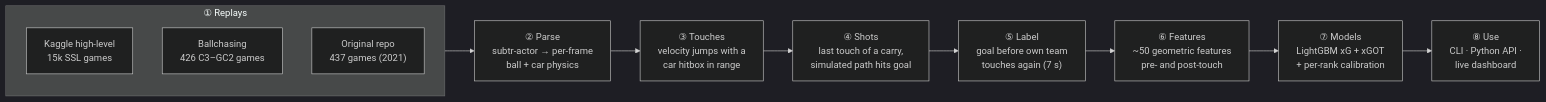
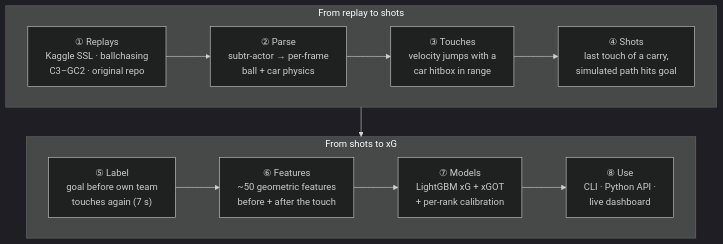
Before and after one commit to isaactallack/rl-xg: the diagram in README.md, drawn with Mermaid (dark theme).

Commit message:
README: split pipeline diagram into two rows

````diff
--- a/README.md
+++ b/README.md
@@ -63,16 +63,20 @@
 ```mermaid
-flowchart LR
-    subgraph SRC["① Replays"]
-        K["Kaggle high-level<br/>15k SSL games"]
-        B["Ballchasing<br/>426 C3–GC2 games"]
-        O["Original repo<br/>437 games (2021)"]
+flowchart TB
+    subgraph A["From replay to shots"]
+        direction LR
+        R["① Replays<br/>Kaggle SSL · ballchasing<br/>C3–GC2 · original repo"]
+        P["② Parse<br/>subtr-actor → per-frame<br/>ball + car physics"]
+        T["③ Touches<br/>velocity jumps with a<br/>car hitbox in range"]
+        S["④ Shots<br/>last touch of a carry,<br/>simulated path hits goal"]
+        R --> P --> T --> S
     end
-    P["② Parse<br/>subtr-actor → per-frame<br/>ball + car physics"]
-    T["③ Touches<br/>velocity jumps with a<br/>car hitbox in range"]
-    S["④ Shots<br/>last touch of a carry,<br/>simulated path hits goal"]
-    L["⑤ Label<br/>goal before own team<br/>touches again (7 s)"]
-    F["⑥ Features<br/>~50 geometric features<br/>pre- and post-touch"]
-    M["⑦ Models<br/>LightGBM xG + xGOT<br/>+ per-rank calibration"]
-    D["⑧ Use<br/>CLI · Python API ·<br/>live dashboard"]
-    SRC --> P --> T --> S --> L --> F --> M --> D
+    subgraph B["From shots to xG"]
+        direction LR
+        L["⑤ Label<br/>goal before own team<br/>touches again (7 s)"]
+        F["⑥ Features<br/>~50 geometric features<br/>before + after the touch"]
+        M["⑦ Models<br/>LightGBM xG + xGOT<br/>+ per-rank calibration"]
+        D["⑧ Use<br/>CLI · Python API ·<br/>live dashboard"]
+        L --> F --> M --> D
+    end
+    S --> L
 ```
````
